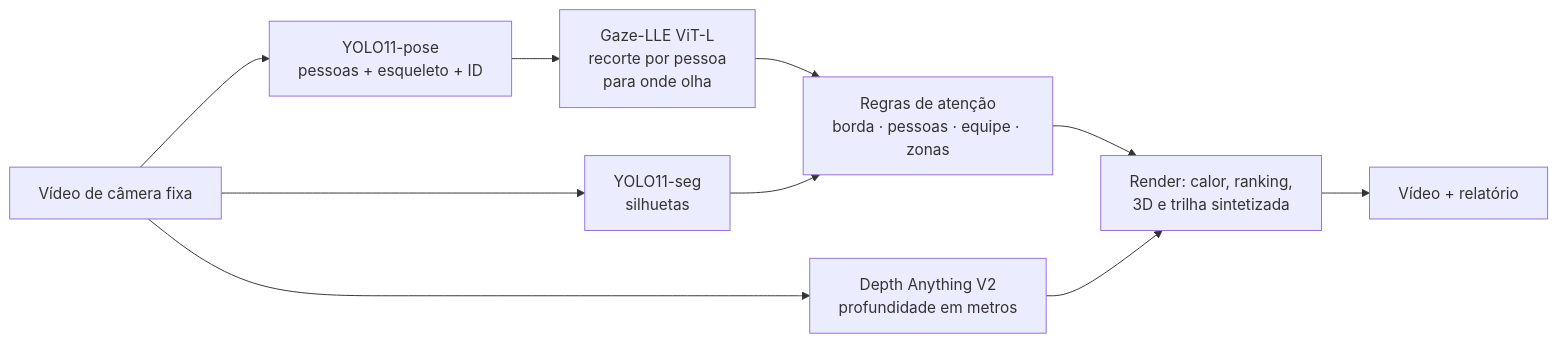
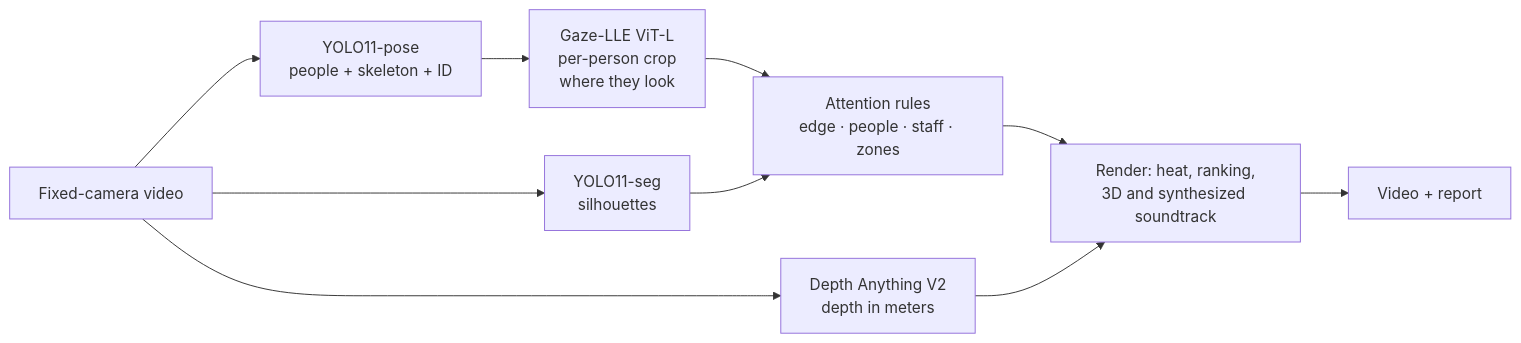
Before and after one commit to RenanCOliveira93/brandpose: the diagram in README.md, drawn with Mermaid. The commit also changed other lines of this file and 2 other files, not shown here.

````diff
--- a/README.md
+++ b/README.md
@@ -37,12 +37,12 @@
 ```mermaid
 flowchart LR
-    V["Vídeo de câmera fixa"] --> P["YOLO11-pose<br/>pessoas + esqueleto + ID"]
-    V --> S["YOLO11-seg<br/>silhuetas"]
-    P --> G["Gaze-LLE ViT-L<br/>recorte por pessoa<br/>para onde olha"]
-    G --> R["Regras de atenção<br/>borda · pessoas · equipe · zonas"]
+    V["Fixed-camera video"] --> P["YOLO11-pose<br/>people + skeleton + ID"]
+    V --> S["YOLO11-seg<br/>silhouettes"]
+    P --> G["Gaze-LLE ViT-L<br/>per-person crop<br/>where they look"]
+    G --> R["Attention rules<br/>edge · people · staff · zones"]
     S --> R
-    V --> D["Depth Anything V2<br/>profundidade em metros"]
-    R --> X["Render: calor, ranking,<br/>3D e trilha sintetizada"]
+    V --> D["Depth Anything V2<br/>depth in meters"]
+    R --> X["Render: heat, ranking,<br/>3D and synthesized soundtrack"]
     D --> X
-    X --> MP4["Vídeo + relatório"]
+    X --> MP4["Video + report"]
 ```
````
